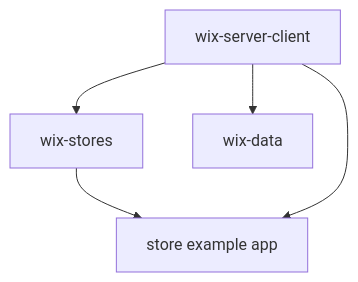
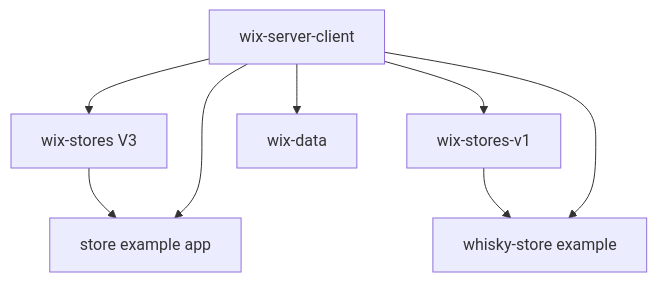
Before and after one commit to jay-framework/wix: the first of 2 diagrams in design-log/01 - wix packages structure.md, drawn with Mermaid. The commit also changed other lines of this file and 1 other file, not shown here.

Commit message:
completed building the stores v1 as a working shop

````diff
--- a/design-log/01 - wix packages structure.md
+++ b/design-log/01 - wix packages structure.md
@@ -9,7 +9,10 @@
 ```mermaid
 graph TD
-    A[wix-server-client] --> B[wix-stores]
+    A[wix-server-client] --> B[wix-stores V3]
+    A --> B1[wix-stores-v1]
     A --> C[wix-data]
     B --> D[store example app]
+    B1 --> D1[whisky-store example]
     A --> D
+    A --> D1
 ```
````
